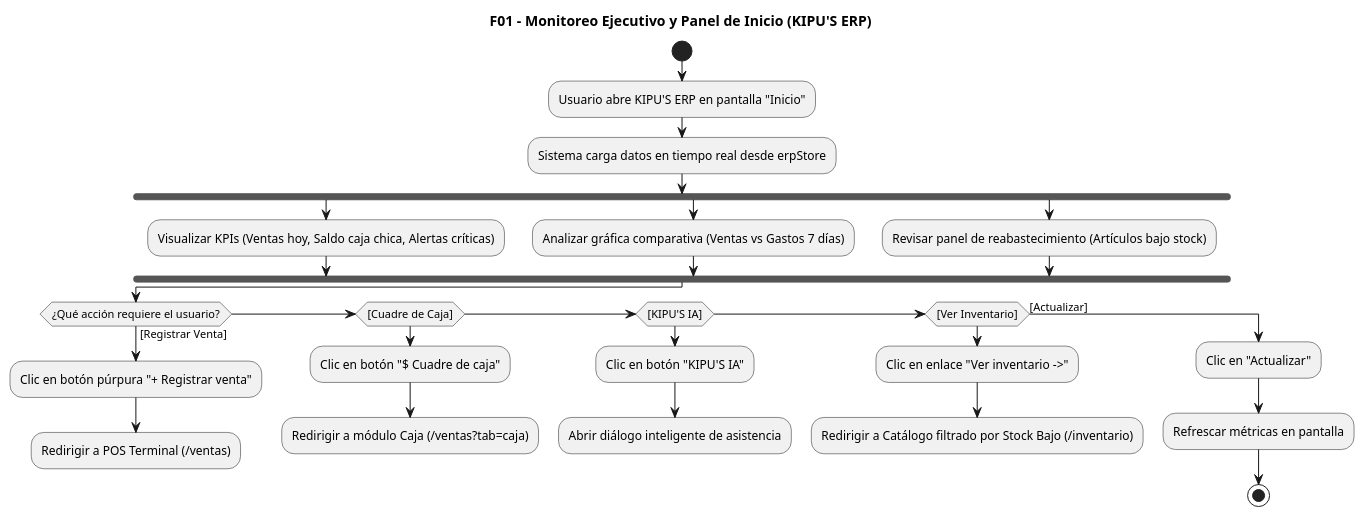
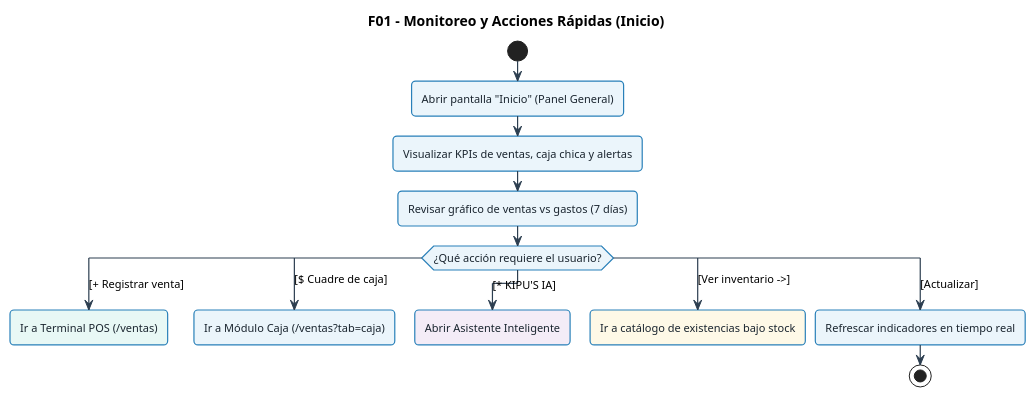
The diagram in docs/UML-flujos/01_monitoreo_inicio.puml (xmenil/ERP-KIPUS), drawn with PlantUML before and after one commit. The commit also changed 23 other files, not shown here.

Commit message:
docs(uml): simplificar flujos con estilo Bizagi BPMN coloreado y regenerar imagenes PNG

```diff
--- a/docs/UML-flujos/01_monitoreo_inicio.puml
+++ b/docs/UML-flujos/01_monitoreo_inicio.puml
@@ -1,41 +1,52 @@
 @startuml
-skinparam handwritten false
-skinparam monochrome true
-skinparam packageStyle rectangle
+skinparam defaultFontName "Segoe UI", Arial, sans-serif
+skinparam defaultFontSize 11
+skinparam roundCorner 8
 skinparam shadowing false
+skinparam ArrowColor #2C3E50
+skinparam ArrowThickness 1.2
 
-title F01 - Monitoreo Ejecutivo y Panel de Inicio (KIPU'S ERP)
+skinparam activity {
+  BackgroundColor #EBF5FB
+  BorderColor #2980B9
+  BorderThickness 1.2
+  FontColor #1A252F
+}
+skinparam decision {
+  BackgroundColor #FEF9E7
+  BorderColor #F39C12
+  BorderThickness 1.2
+  FontColor #7D6608
+}
+skinparam start {
+  Color #27AE60
+}
+skinparam stop {
+  Color #C0392B
+}
+
+title F01 - Monitoreo y Acciones Rápidas (Inicio)
 
 start
-:Usuario abre KIPU'S ERP en pantalla "Inicio";
-:Sistema carga datos en tiempo real desde erpStore;
-fork
-  :Visualizar KPIs (Ventas hoy, Saldo caja chica, Alertas críticas);
-fork again
-  :Analizar gráfica comparativa (Ventas vs Gastos 7 días);
-fork again
-  :Revisar panel de reabastecimiento (Artículos bajo stock);
-end fork
+:Abrir pantalla "Inicio" (Panel General);
+:Visualizar KPIs de ventas, caja chica y alertas;
+:Revisar gráfico de ventas vs gastos (7 días);
 
-if (¿Qué acción requiere el usuario?) then ([Registrar Venta])
-  :Clic en botón púrpura "+ Registrar venta";
-  :Redirigir a POS Terminal (/ventas);
+switch (¿Qué acción requiere el usuario?)
+case ([+ Registrar venta])
+  #E8F8F5:Ir a Terminal POS (/ventas);
   detach
-elseif ([Cuadre de Caja]) then
-  :Clic en botón "$ Cuadre de caja";
-  :Redirigir a módulo Caja (/ventas?tab=caja);
+case ([$ Cuadre de caja])
+  #EBF5FB:Ir a Módulo Caja (/ventas?tab=caja);
   detach
-elseif ([KIPU'S IA]) then
-  :Clic en botón "KIPU'S IA";
-  :Abrir diálogo inteligente de asistencia;
+case ([* KIPU'S IA])
+  #F4ECF7:Abrir Asistente Inteligente;
   detach
-elseif ([Ver Inventario]) then
-  :Clic en enlace "Ver inventario ->";
-  :Redirigir a Catálogo filtrado por Stock Bajo (/inventario);
+case ([Ver inventario ->])
+  #FEF9E7:Ir a catálogo de existencias bajo stock;
   detach
-else ([Actualizar])
-  :Clic en "Actualizar";
-  :Refrescar métricas en pantalla;
+case ([Actualizar])
+  #EBF5FB:Refrescar indicadores en tiempo real;
   stop
-endif
+endswitch
 @enduml
```
